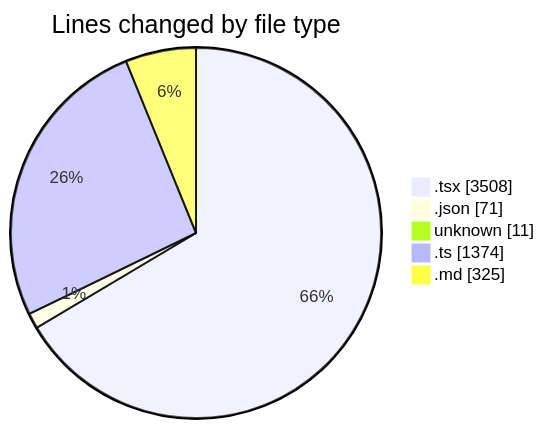
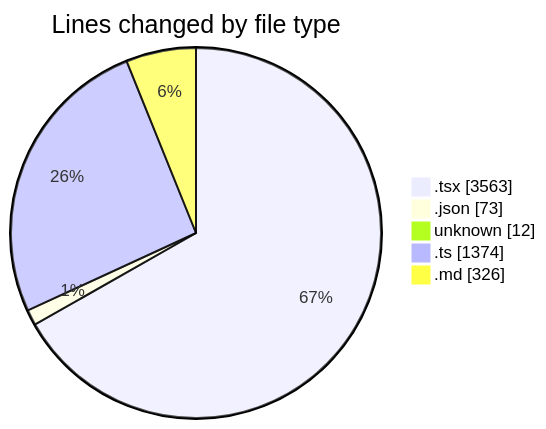
Before and after one commit to ernivani/code-tracking: the first of 2 diagrams in 2025-01-03/tinycms/README.md, drawn with Mermaid. The commit also changed other lines of this file and 2 other files, not shown here.

````diff
--- a/2025-01-03/tinycms/README.md
+++ b/2025-01-03/tinycms/README.md
@@ -42,9 +42,9 @@
 ```mermaid
 pie showData
 title Lines changed by file type
-".tsx" : 3508
-".json" : 71
-"unknown" : 11
+".tsx" : 3563
+".json" : 73
+"unknown" : 12
 ".ts" : 1374
-".md" : 325
+".md" : 326
 ```
````
